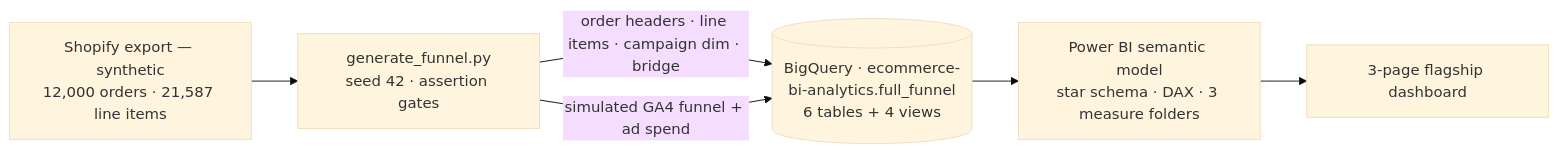
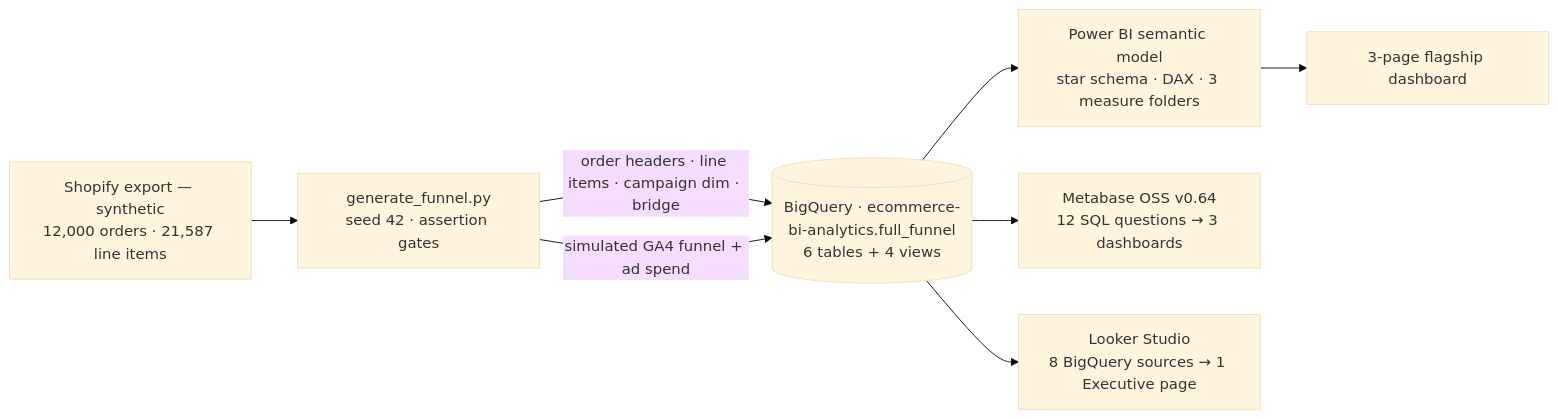
Before and after one commit to AHMED0929/Shopify-ecommerce-analytics: the diagram in README.md, drawn with Mermaid (base theme). The commit also changed other lines of this file, not shown here.

````diff
--- a/README.md
+++ b/README.md
@@ -37,8 +37,10 @@
 ```mermaid
 flowchart LR
     S["Shopify export — synthetic<br/>12,000 orders · 21,587 line items"] --> G["generate_funnel.py<br/>seed 42 · assertion gates"]
     G -->|"order headers · line items · campaign dim · bridge"| B[("BigQuery · ecommerce-bi-analytics.full_funnel<br/>6 tables + 4 views")]
     G -->|"simulated GA4 funnel + ad spend"| B
     B --> P["Power BI semantic model<br/>star schema · DAX · 3 measure folders"]
     P --> D["3-page flagship dashboard"]
+    B --> M["Metabase OSS v0.64<br/>12 SQL questions → 3 dashboards"]
+    B --> L["Looker Studio<br/>8 BigQuery sources → 1 Executive page"]
 ```
````
